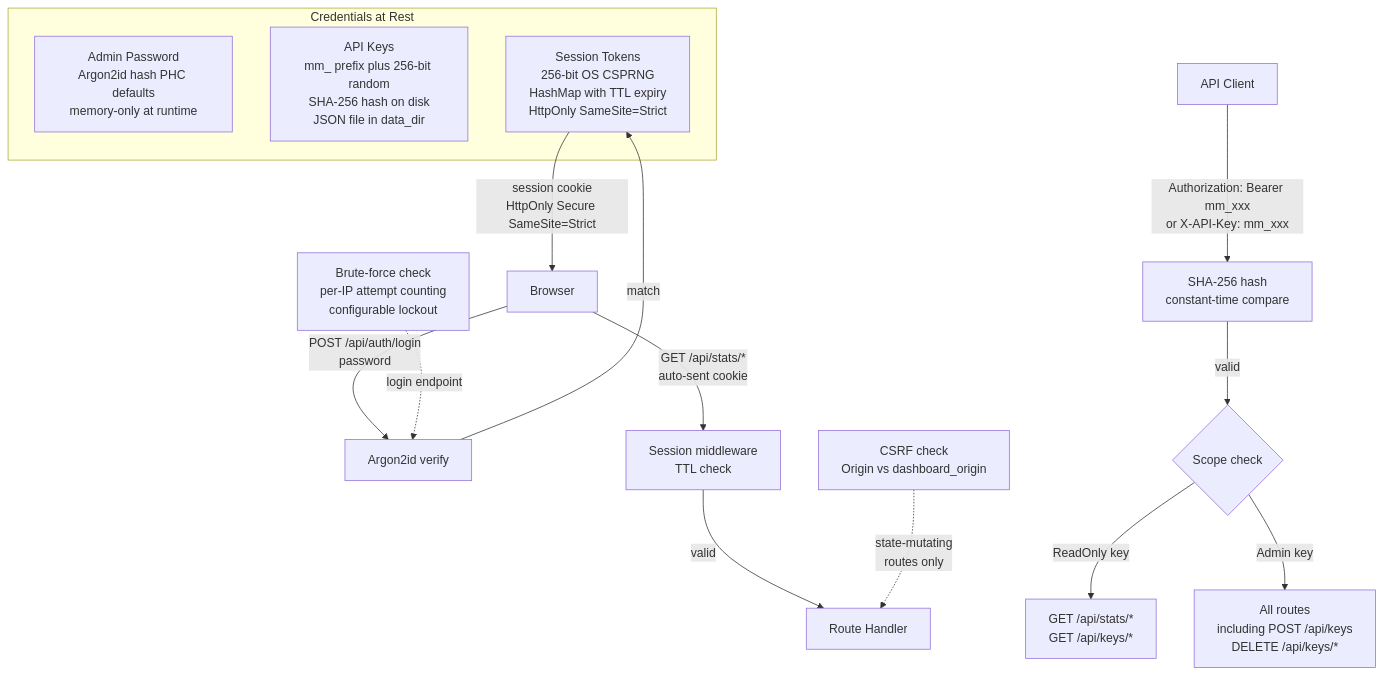
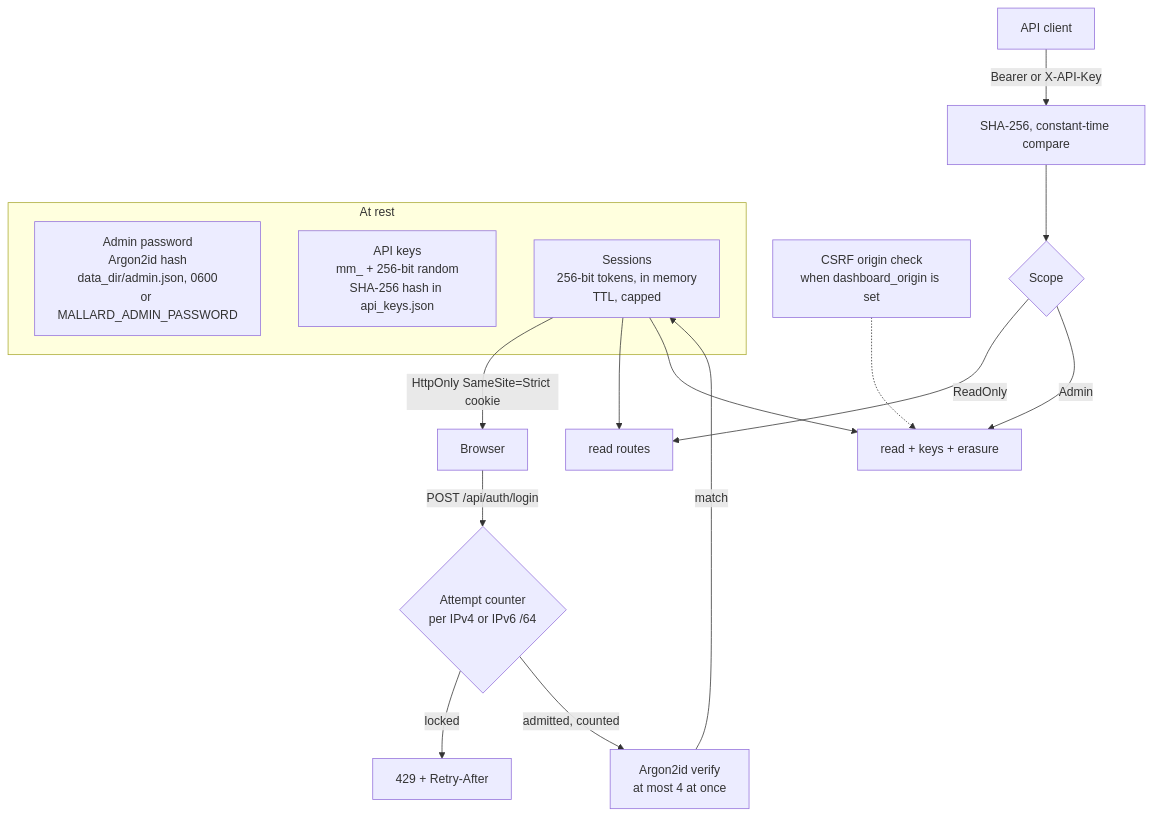
The sixth of 7 diagrams in docs/src/architecture.md (tomtom215/mallardmetrics), drawn with Mermaid before and after one commit. The commit also changed other lines of this file, not shown here.

First line of the commit message:
Docs: rewrite the architecture page against the code

````diff
--- a/docs/src/architecture.md
+++ b/docs/src/architecture.md
@@ -178,27 +231,23 @@
 ```mermaid
 flowchart TD
-    subgraph CREDS["Credentials at Rest"]
-        HASH["Admin Password\nArgon2id hash PHC defaults\nmemory-only at runtime"]
-        KEYS["API Keys\nmm_ prefix plus 256-bit random\nSHA-256 hash on disk\nJSON file in data_dir"]
-        SESS["Session Tokens\n256-bit OS CSPRNG\nHashMap with TTL expiry\nHttpOnly SameSite=Strict"]
+    subgraph AT["At rest"]
+        HASH["Admin password\nArgon2id hash\ndata_dir/admin.json, 0600\nor MALLARD_ADMIN_PASSWORD"]
+        KEYS["API keys\nmm_ + 256-bit random\nSHA-256 hash in api_keys.json"]
+        SESS["Sessions\n256-bit tokens, in memory\nTTL, capped"]
     end
 
-    BROWSER["Browser"] -->|"POST /api/auth/login\npassword"| ARGON
-    ARGON["Argon2id verify"] -->|"match"| SESS
-    SESS -->|"session cookie\nHttpOnly Secure SameSite=Strict"| BROWSER
+    BROWSER["Browser"] -->|"POST /api/auth/login"| LOCK{"Attempt counter\nper IPv4 or IPv6 /64"}
+    LOCK -->|"locked"| R429["429 + Retry-After"]
+    LOCK -->|"admitted, counted"| ARGON["Argon2id verify\nat most 4 at once"]
+    ARGON -->|"match"| SESS
+    SESS -->|"HttpOnly SameSite=Strict cookie"| BROWSER
 
-    APICLIENT["API Client"] -->|"Authorization: Bearer mm_xxx\nor X-API-Key: mm_xxx"| KEYCHECK
-    KEYCHECK["SHA-256 hash\nconstant-time compare"] -->|"valid"| SCOPE
+    CLIENT["API client"] -->|"Bearer or X-API-Key"| KEYCHK["SHA-256, constant-time compare"]
+    KEYCHK --> SCOPE{"Scope"}
+    SCOPE -->|"ReadOnly"| RD["read routes"]
+    SCOPE -->|"Admin"| AD["read + keys + erasure"]
 
-    SCOPE{"Scope check"}
-    SCOPE -->|"ReadOnly key"| READONLY["GET /api/stats/*\nGET /api/keys/*"]
-    SCOPE -->|"Admin key"| ADMIN["All routes\nincluding POST /api/keys\nDELETE /api/keys/*"]
-
-    BROWSER -->|"GET /api/stats/*\nauto-sent cookie"| SESSMW
-    SESSMW["Session middleware\nTTL check"] -->|"valid"| ROUTE
-
-    ROUTE["Route Handler"]
-
-    CSRF["CSRF check\nOrigin vs dashboard_origin"] -.->|"state-mutating\nroutes only"| ROUTE
-    BF["Brute-force check\nper-IP attempt counting\nconfigurable lockout"] -.->|"login endpoint"| ARGON
+    SESS --> RD
+    SESS --> AD
+    CSRF["CSRF origin check\nwhen dashboard_origin is set"] -.-> AD
 ```
````
